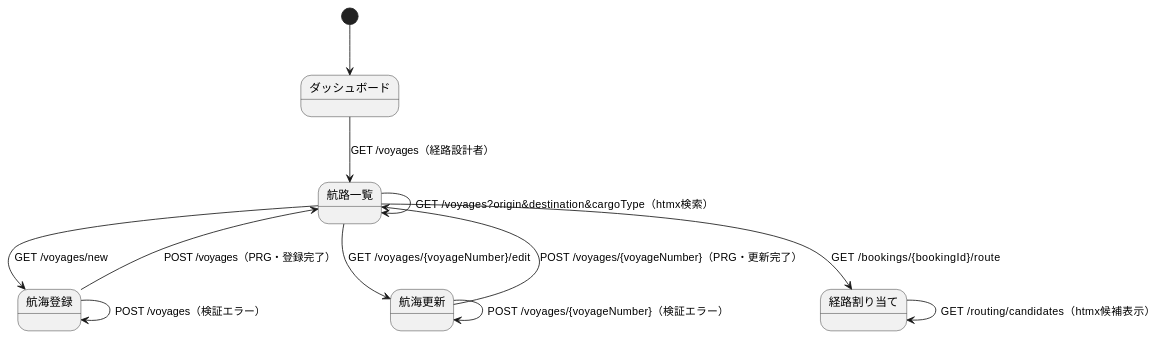
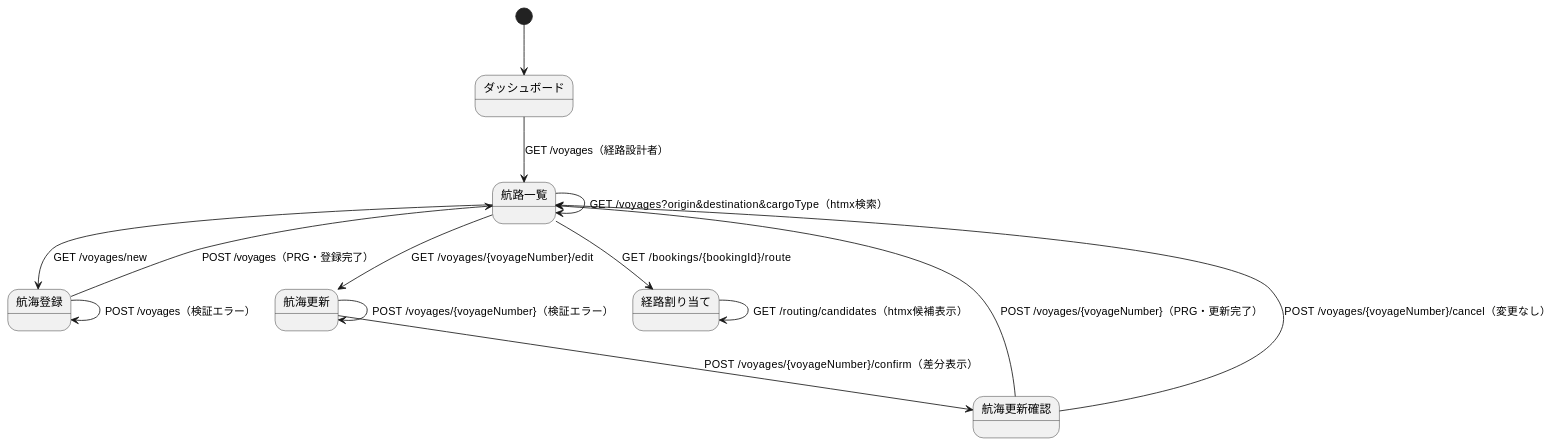
Before and after one commit to k2works/case-study-cargo-tracker: the seventh of 7 diagrams in docs/development/iteration_plan-3.md, drawn with PlantUML. The commit also changed other lines of this file and 7 other files, not shown here.

````diff
--- a/docs/development/iteration_plan-3.md
+++ b/docs/development/iteration_plan-3.md
@@ -384,15 +384,17 @@
 ```plantuml
 @startuml
 [*] --> ダッシュボード
 ダッシュボード --> 航路一覧 : GET /voyages（経路設計者）
 航路一覧 --> 航路一覧 : GET /voyages?origin&destination&cargoType（htmx検索）
 航路一覧 --> 航海登録 : GET /voyages/new
 航海登録 --> 航路一覧 : POST /voyages（PRG・登録完了）
 航海登録 --> 航海登録 : POST /voyages（検証エラー）
 航路一覧 --> 航海更新 : GET /voyages/{voyageNumber}/edit
-航海更新 --> 航路一覧 : POST /voyages/{voyageNumber}（PRG・更新完了）
+航海更新 --> 航海更新確認 : POST /voyages/{voyageNumber}/confirm（差分表示）
 航海更新 --> 航海更新 : POST /voyages/{voyageNumber}（検証エラー）
+航海更新確認 --> 航路一覧 : POST /voyages/{voyageNumber}（PRG・更新完了）
+航海更新確認 --> 航路一覧 : POST /voyages/{voyageNumber}/cancel（変更なし）
 航路一覧 --> 経路割り当て : GET /bookings/{bookingId}/route
 経路割り当て --> 経路割り当て : GET /routing/candidates（htmx候補表示）
 @enduml
 ```
````
